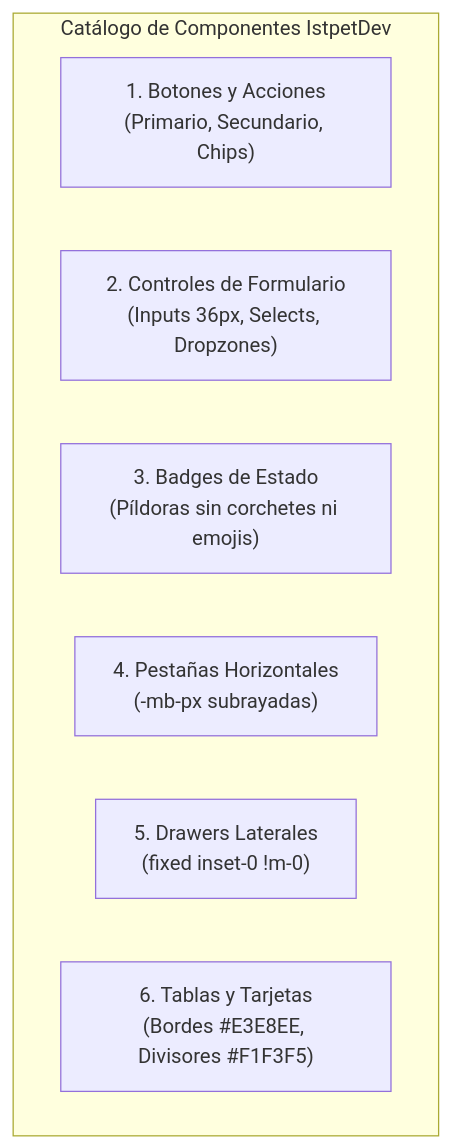
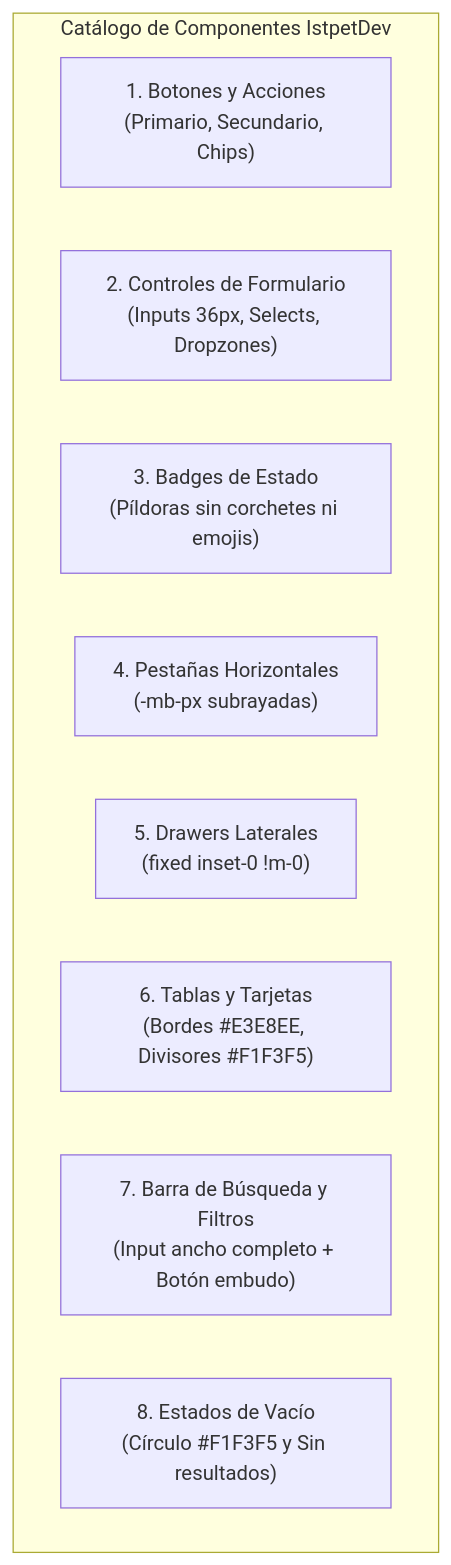
Before and after one commit to bryancito1090/istpetdev-platform: the diagram in docs/boveda/10 Diseno y UI-UX/03 Catalogo de componentes y controles.md, drawn with Mermaid. The commit also changed other lines of this file and 5 other files, not shown here.

````diff
--- a/docs/boveda/10 Diseno y UI-UX/03 Catalogo de componentes y controles.md
+++ b/docs/boveda/10 Diseno y UI-UX/03 Catalogo de componentes y controles.md
@@ -12,11 +12,13 @@
 ```mermaid
 flowchart TD
     subgraph CatalogoComponentes ["Catálogo de Componentes IstpetDev"]
         Botones["1. Botones y Acciones<br>(Primario, Secundario, Chips)"]
         Inputs["2. Controles de Formulario<br>(Inputs 36px, Selects, Dropzones)"]
         Badges["3. Badges de Estado<br>(Píldoras sin corchetes ni emojis)"]
         Tabs["4. Pestañas Horizontales<br>(-mb-px subrayadas)"]
         Drawers["5. Drawers Laterales<br>(fixed inset-0 !m-0)"]
         Tablas["6. Tablas y Tarjetas<br>(Bordes #E3E8EE, Divisores #F1F3F5)"]
+        Buscador["7. Barra de Búsqueda y Filtros<br>(Input ancho completo + Botón embudo)"]
+        Empty["8. Estados de Vacío<br>(Círculo #F1F3F5 y Sin resultados)"]
     end
 ```
````
